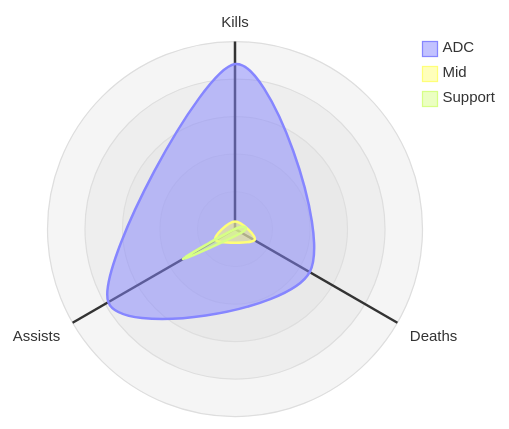
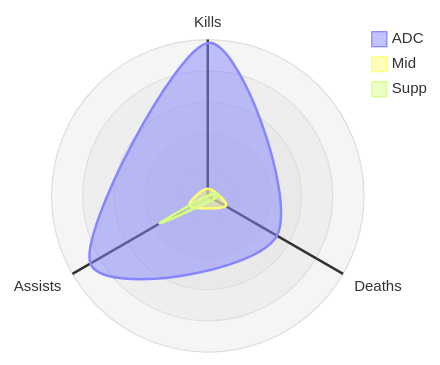
One commit to flowinho/zensical-website changed the second of 4 diagrams in docs/gaming/wild-rift.md. Above: the diagram before and after it, drawn with Mermaid. The commit also changed other lines of this file, not shown here.

````diff
--- a/docs/gaming/wild-rift.md
+++ b/docs/gaming/wild-rift.md
@@ -22,16 +22,16 @@
 ```mermaid
 ---
 config:
   radar:
-    width: 300
-    height: 300
+    width: 250
+    height: 250
 ---
 radar-beta
   axis k["Kills"], d["Deaths"], a["Assists"]
   curve a["ADC"]{44, 23, 39}
   curve m["Mid"]{2, 6, 6}
-  curve s["Support"]{0, 2, 16}
+  curve s["Supp"]{0, 2, 16}
 
-  max 50
+  max 45
   min 0
 ```
````
